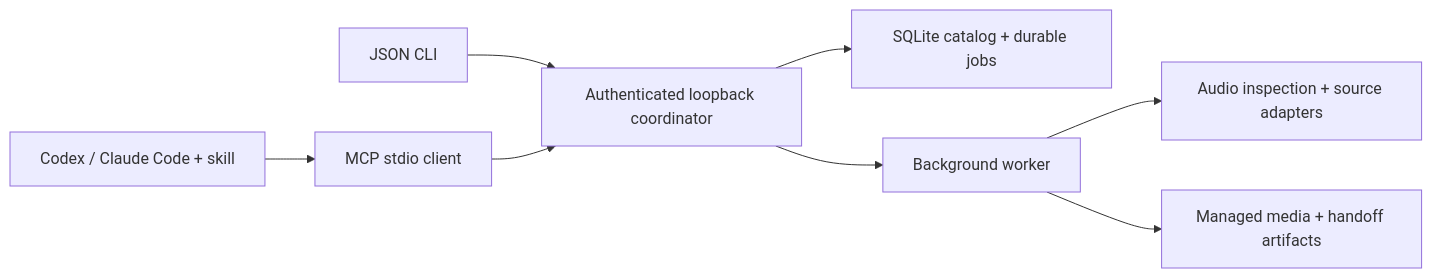
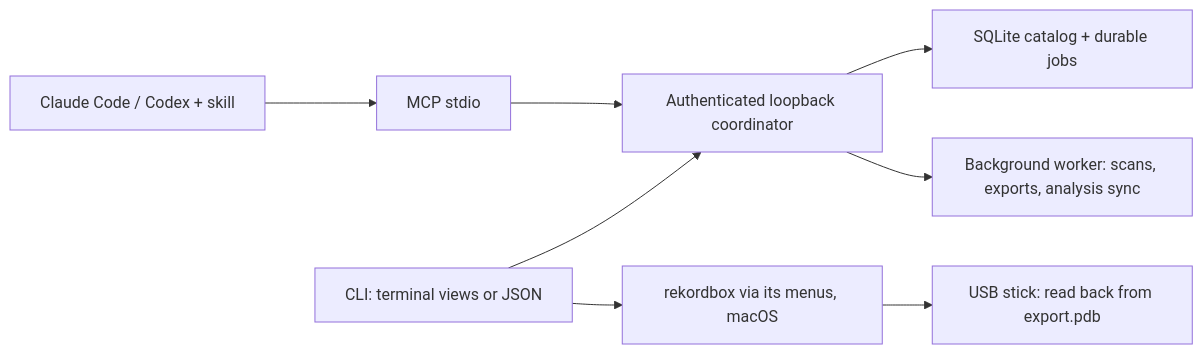
The diagram in README.md (uneasymusings/dj-library-tool), drawn with Mermaid before and after one commit. The commit also changed other lines of this file and 8 other files, not shown here.

First line of the commit message:
Add djlib set: tracklist to rekordbox playlist and USB in one command

````diff
--- a/README.md
+++ b/README.md
@@ -196,10 +86,10 @@
 ```mermaid
 flowchart LR
-    A[Codex / Claude Code + skill] --> B[MCP stdio client]
-    C[JSON CLI] --> D[Authenticated loopback coordinator]
+    A[Claude Code / Codex + skill] --> B[MCP stdio]
+    C[CLI: terminal views or JSON] --> D[Authenticated loopback coordinator]
     B --> D
+    C --> R[rekordbox via its menus, macOS]
     D --> E[SQLite catalog + durable jobs]
-    D --> F[Background worker]
-    F --> G[Audio inspection + source adapters]
-    F --> H[Managed media + handoff artifacts]
+    D --> F[Background worker: scans, exports, analysis sync]
+    R --> U[USB stick: read back from export.pdb]
 ```
````
